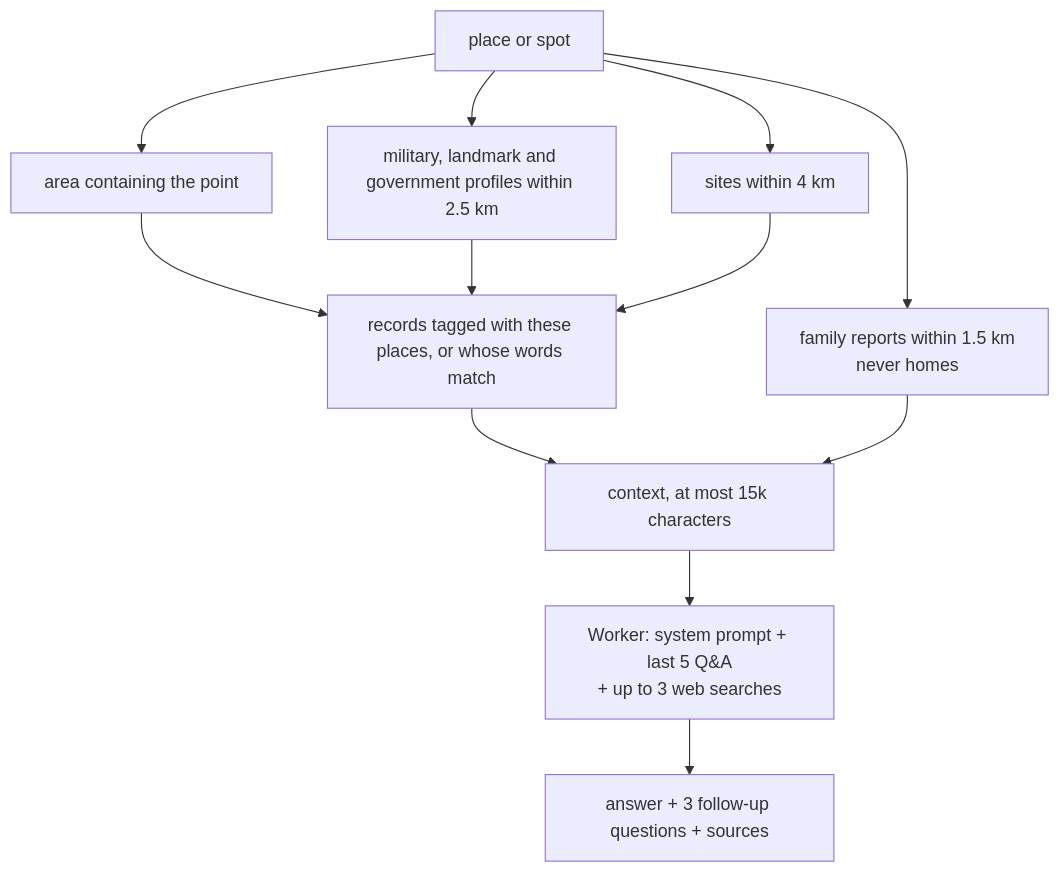
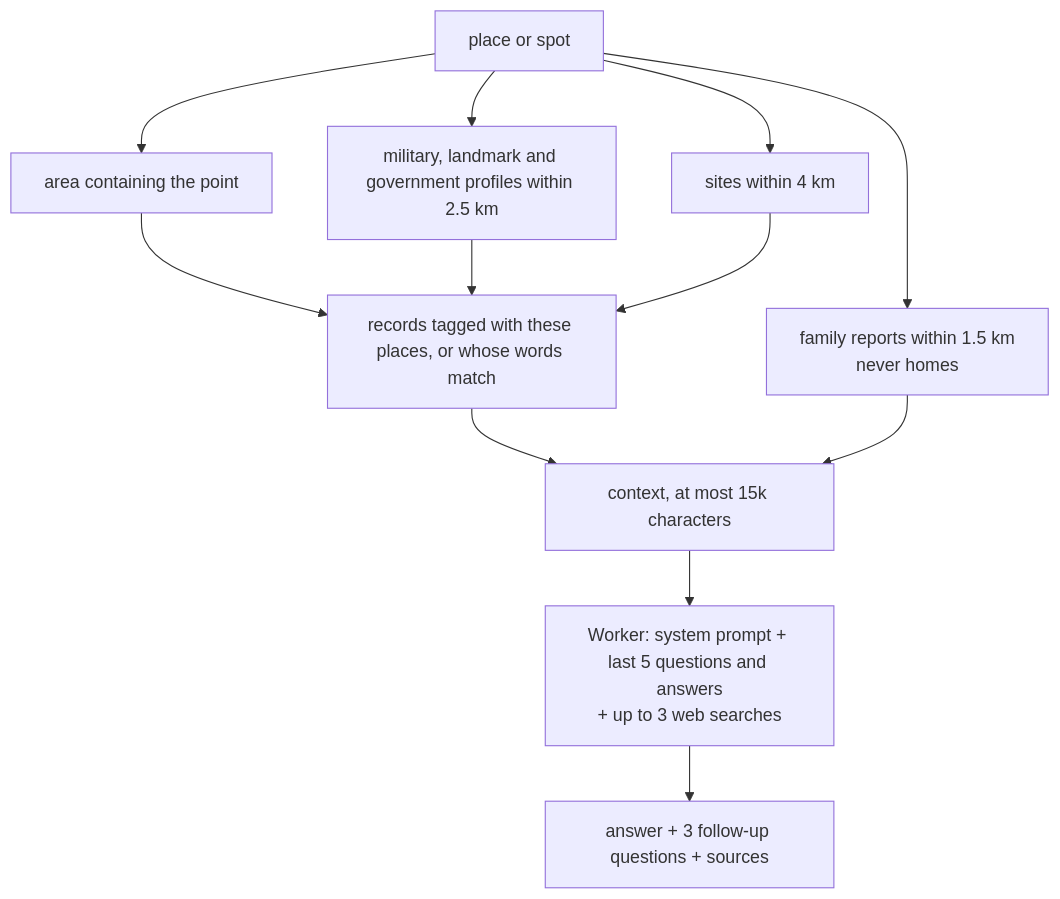
Before and after one commit to gelnagar/libya-project: the fourth of 4 diagrams in README.md, drawn with Mermaid. The commit also changed other lines of this file, not shown here.

First line of the commit message:
README: fix data-model diagram syntax for GitHub

````diff
--- a/README.md
+++ b/README.md
@@ -69,11 +112,11 @@
 ```mermaid
 flowchart TD
   P[place or spot] --> A1[area containing the point]
   P --> A2[military, landmark and government profiles within 2.5 km]
   P --> S[sites within 4 km]
   A1 & A2 & S --> RC[records tagged with these places, or whose words match]
   P --> FR[family reports within 1.5 km<br/>never homes]
   RC & FR --> CTX[context, at most 15k characters]
-  CTX --> W[Worker: system prompt + last 5 Q&A<br/>+ up to 3 web searches]
+  CTX --> W[Worker: system prompt + last 5 questions and answers<br/>+ up to 3 web searches]
   W --> ANS[answer + 3 follow-up questions + sources]
 ```
````
